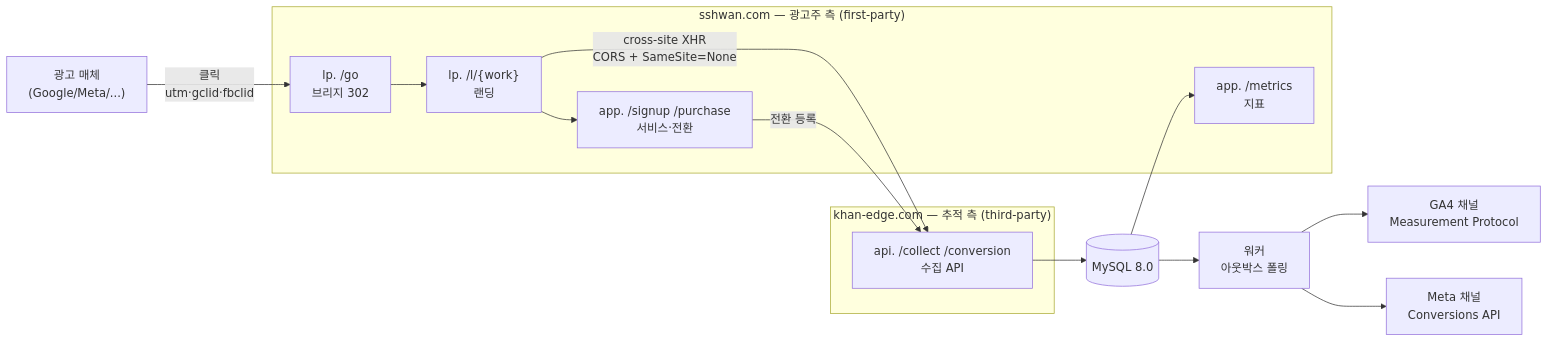
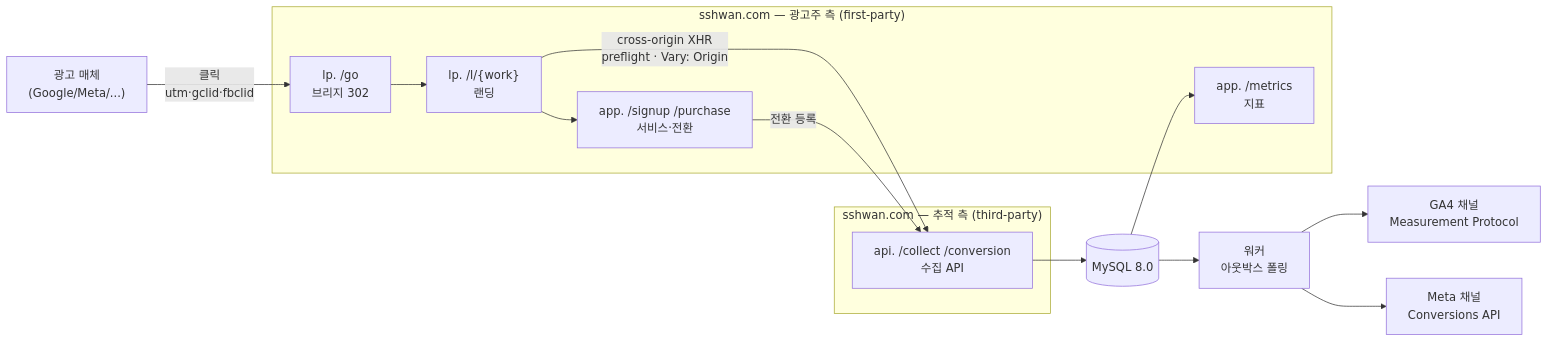
One commit to http1220/touchpoint changed the first of 5 diagrams in docs/architecture.md. Above: the diagram before and after it, drawn with Mermaid. The commit also changed other lines of this file and 14 other files, not shown here.

````diff
--- a/docs/architecture.md
+++ b/docs/architecture.md
@@ -10,25 +10,25 @@
 ```mermaid
 flowchart LR
     AD["광고 매체<br/>(Google/Meta/...)"] -->|"클릭<br/>utm·gclid·fbclid"| BR
 
     subgraph SHOP["sshwan.com — 광고주 측 (first-party)"]
         BR["lp. /go<br/>브리지 302"]
         LP["lp. /l/{work}<br/>랜딩"]
         APP["app. /signup /purchase<br/>서비스·전환"]
         MET["app. /metrics<br/>지표"]
     end
 
-    subgraph TRACK["khan-edge.com — 추적 측 (third-party)"]
+    subgraph TRACK["sshwan.com — 추적 측 (third-party)"]
         API["api. /collect /conversion<br/>수집 API"]
     end
 
     BR --> LP
-    LP -->|"cross-site XHR<br/>CORS + SameSite=None"| API
+    LP -->|"cross-origin XHR<br/>preflight · Vary: Origin"| API
     LP --> APP
     APP -->|"전환 등록"| API
     API --> DB[("MySQL 8.0")]
     DB --> W["워커<br/>아웃박스 폴링"]
     W --> GA["GA4 채널<br/>Measurement Protocol"]
     W --> META["Meta 채널<br/>Conversions API"]
     DB --> MET
 ```
````
